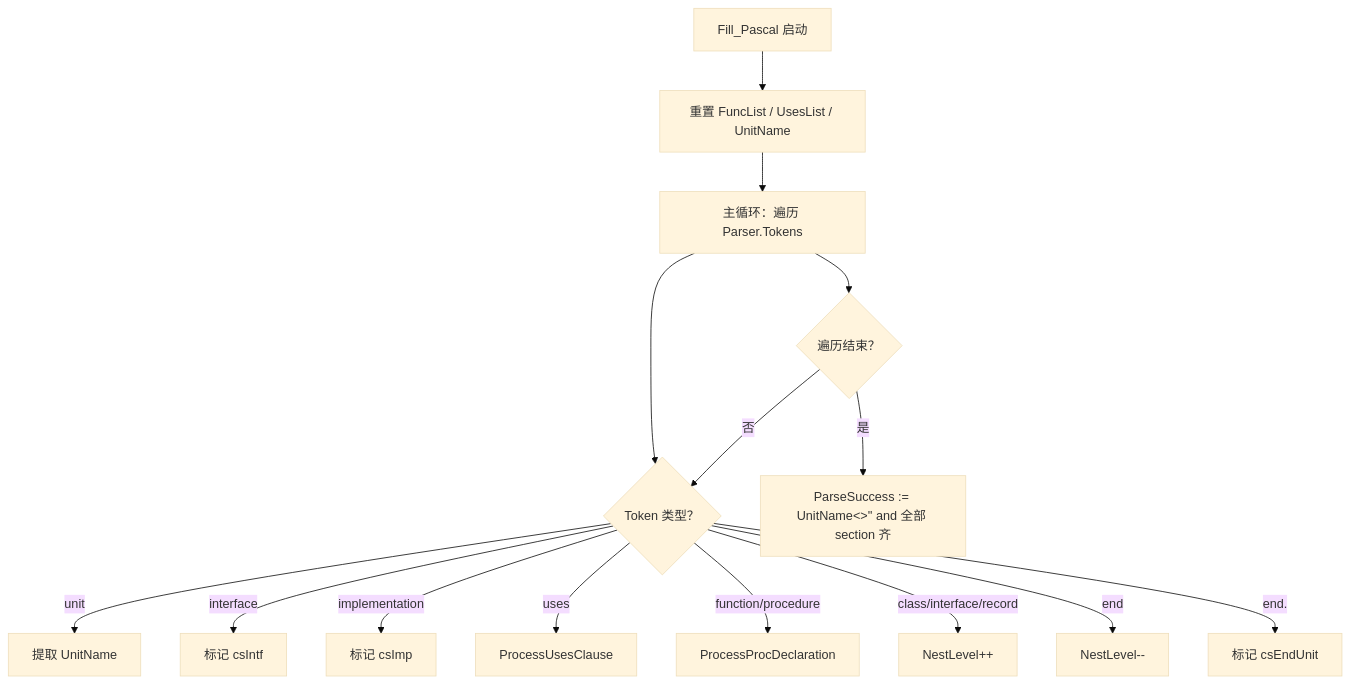
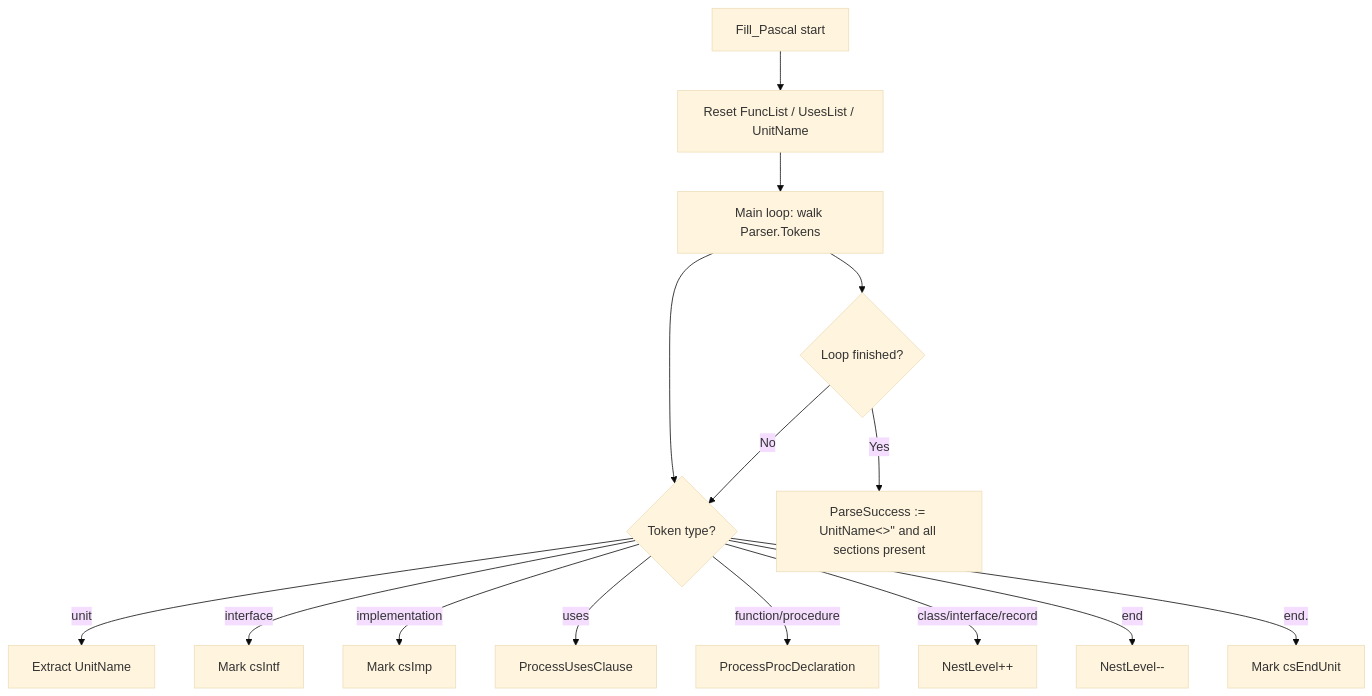
Before and after one commit to PassByYou888/LingoFuse-Tools: the second of 6 diagrams in src/pascal_c_to_abi/code_decl_to_abi_OPERATIONS.md, drawn with Mermaid (base theme). The commit also changed other lines of this file, not shown here.

````diff
--- a/src/pascal_c_to_abi/code_decl_to_abi_OPERATIONS.md
+++ b/src/pascal_c_to_abi/code_decl_to_abi_OPERATIONS.md
@@ -366,17 +375,17 @@
 ```mermaid
 flowchart TD
-    A["Fill_Pascal 启动"] --> B["重置 FuncList / UsesList / UnitName"]
-    B --> C["主循环：遍历 Parser.Tokens"]
-    C --> D{"Token 类型？"}
-    D -- "unit" --> E["提取 UnitName"]
-    D -- "interface" --> F["标记 csIntf"]
-    D -- "implementation" --> G["标记 csImp"]
+    A["Fill_Pascal start"] --> B["Reset FuncList / UsesList / UnitName"]
+    B --> C["Main loop: walk Parser.Tokens"]
+    C --> D{"Token type?"}
+    D -- "unit" --> E["Extract UnitName"]
+    D -- "interface" --> F["Mark csIntf"]
+    D -- "implementation" --> G["Mark csImp"]
     D -- "uses" --> H["ProcessUsesClause"]
     D -- "function/procedure" --> I["ProcessProcDeclaration"]
     D -- "class/interface/record" --> J["NestLevel++"]
     D -- "end" --> K["NestLevel--"]
-    D -- "end." --> L["标记 csEndUnit"]
-    C --> M{"遍历结束？"}
-    M -- "否" --> D
-    M -- "是" --> N["ParseSuccess := UnitName<>'' and 全部 section 齐"]
+    D -- "end." --> L["Mark csEndUnit"]
+    C --> M{"Loop finished?"}
+    M -- "No" --> D
+    M -- "Yes" --> N["ParseSuccess := UnitName<>'' and all sections present"]
 ```
````
